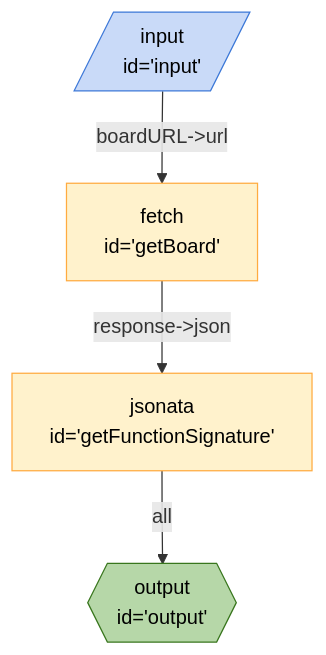
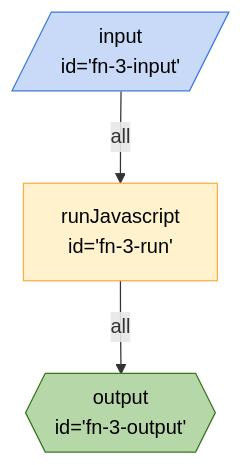
One commit to breadboard-ai/breadboard changed the diagram in packages/breadboard-web/docs/graphs/board-as-function.md. Above: the diagram before and after it, drawn with Mermaid. The commit also changed 43 other files, not shown here.

````diff
--- a/packages/breadboard-web/docs/graphs/board-as-function.md
+++ b/packages/breadboard-web/docs/graphs/board-as-function.md
@@ -3,15 +3,14 @@
 ```mermaid
 %%{init: 'themeVariables': { 'fontFamily': 'Fira Code, monospace' }}%%
 graph TD;
-getFunctionSignature["jsonata <br> id='getFunctionSignature'"] -- all --> output{{"output <br> id='output'"}}:::output
-getBoard["fetch <br> id='getBoard'"] -- "response->json" --> getFunctionSignature["jsonata <br> id='getFunctionSignature'"]
-input[/"input <br> id='input'"/]:::input -- "boardURL->url" --> getBoard["fetch <br> id='getBoard'"]
+fn3input[/"input <br> id='fn-3-input'"/]:::input -- all --> fn3run["runJavascript <br> id='fn-3-run'"]
+fn3run["runJavascript <br> id='fn-3-run'"] -- all --> fn3output{{"output <br> id='fn-3-output'"}}:::output
 classDef default stroke:#ffab40,fill:#fff2ccff,color:#000
 classDef input stroke:#3c78d8,fill:#c9daf8ff,color:#000
 classDef output stroke:#38761d,fill:#b6d7a8ff,color:#000
 classDef passthrough stroke:#a64d79,fill:#ead1dcff,color:#000
 classDef slot stroke:#a64d79,fill:#ead1dcff,color:#000
 classDef config stroke:#a64d79,fill:#ead1dcff,color:#000
 classDef secrets stroke:#db4437,fill:#f4cccc,color:#000
 classDef slotted stroke:#a64d79
 ```
````
